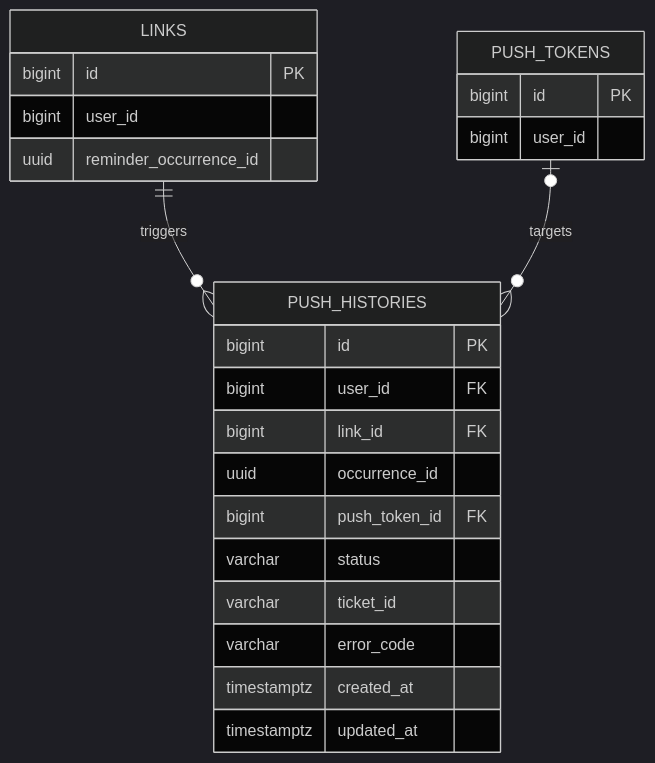
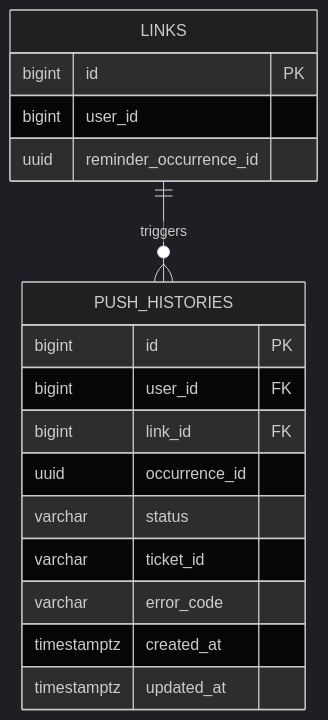
Before and after one commit to mash-up-kr/Promise.9-Server: the diagram in docs/database/tables/push_histories.md, drawn with Mermaid (dark theme). The commit also changed other lines of this file and 9 other files, not shown here.

````diff
--- a/docs/database/tables/push_histories.md
+++ b/docs/database/tables/push_histories.md
@@ -7,29 +7,22 @@
 ```mermaid
 erDiagram
   LINKS ||--o{ PUSH_HISTORIES : triggers
-  PUSH_TOKENS |o--o{ PUSH_HISTORIES : targets
 
   LINKS {
     bigint id PK
     bigint user_id
     uuid reminder_occurrence_id
   }
 
-  PUSH_TOKENS {
-    bigint id PK
-    bigint user_id
-  }
-
   PUSH_HISTORIES {
     bigint id PK
     bigint user_id FK
     bigint link_id FK
     uuid occurrence_id
-    bigint push_token_id FK
     varchar status
     varchar ticket_id
     varchar error_code
     timestamptz created_at
     timestamptz updated_at
   }
 ```
````
